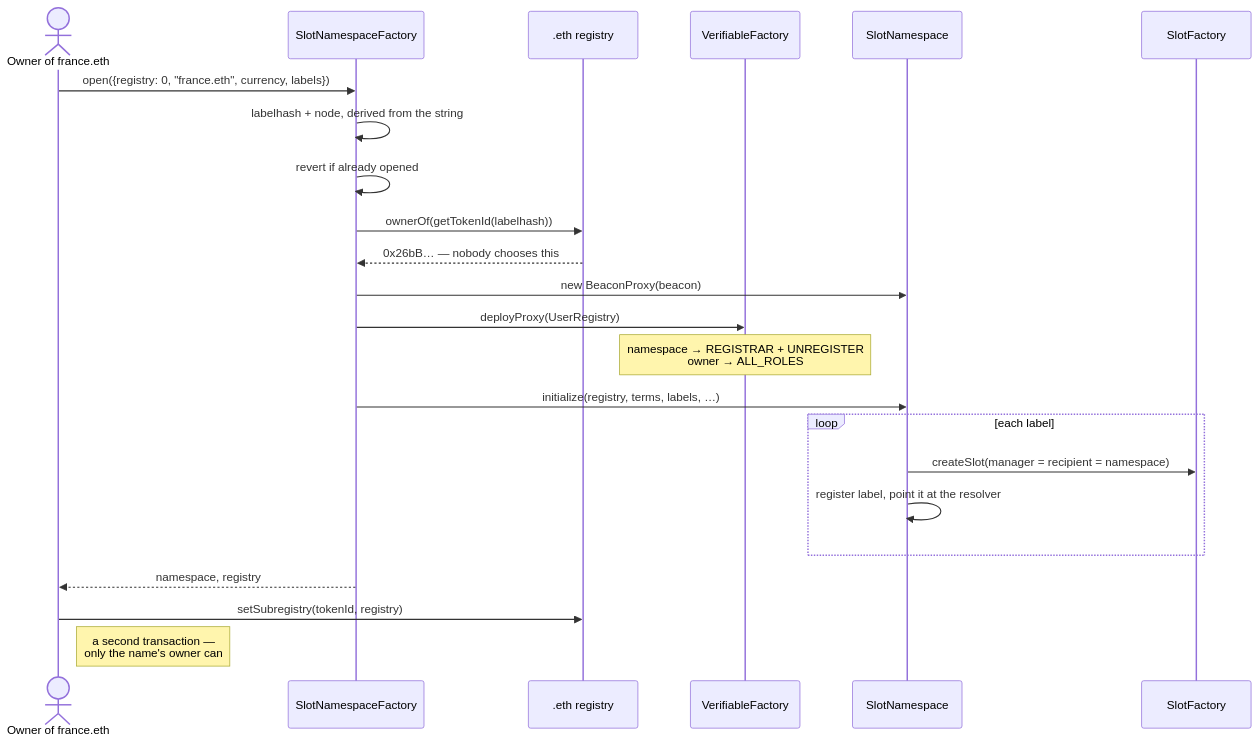
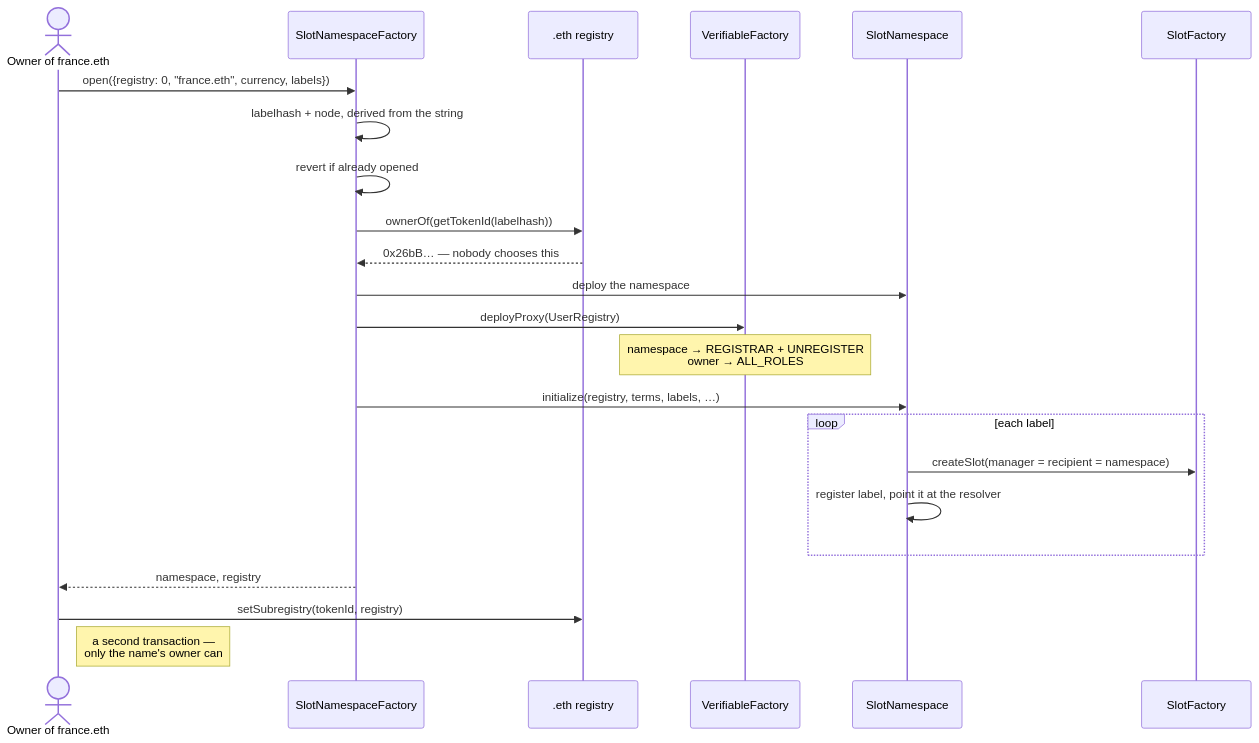
One commit to nezz0746/ens-slots changed the second of 5 diagrams in docs/protocol.md. Above: the diagram before and after it, drawn with Mermaid. The commit also changed other lines of this file and 10 other files, not shown here.

````diff
--- a/docs/protocol.md
+++ b/docs/protocol.md
@@ -70,29 +67,29 @@
 ```mermaid
 sequenceDiagram
     actor Owner as Owner of france.eth
     participant F as SlotNamespaceFactory
     participant ETH as .eth registry
     participant VF as VerifiableFactory
     participant NS as SlotNamespace
     participant SF as SlotFactory
 
     Owner->>F: open({registry: 0, "france.eth", currency, labels})
     F->>F: labelhash + node, derived from the string
     F->>F: revert if already opened
     F->>ETH: ownerOf(getTokenId(labelhash))
     ETH-->>F: 0x26bB… — nobody chooses this
-    F->>NS: new BeaconProxy(beacon)
+    F->>NS: deploy the namespace
     F->>VF: deployProxy(UserRegistry)
     Note over VF: namespace → REGISTRAR + UNREGISTER<br/>owner → ALL_ROLES
     F->>NS: initialize(registry, terms, labels, …)
 
     loop each label
         NS->>SF: createSlot(manager = recipient = namespace)
         NS->>NS: register label, point it at the resolver
     end
 
     F-->>Owner: namespace, registry
 
     Owner->>ETH: setSubregistry(tokenId, registry)
     Note right of Owner: a second transaction —<br/>only the name's owner can
 ```
````
